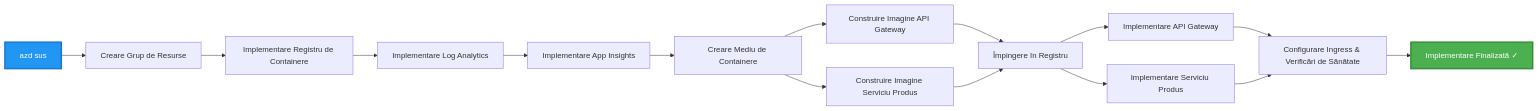
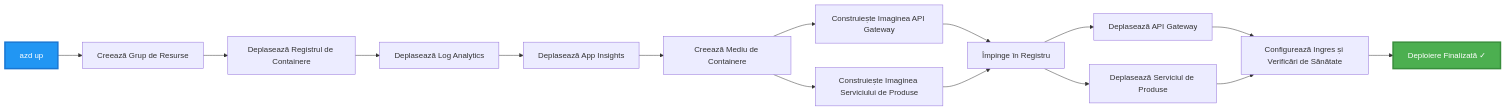
One commit to microsoft/AZD-for-beginners changed the third of 4 diagrams in translations/ro/examples/microservices/README.md. Above: the diagram before and after it, drawn with Mermaid. The commit also changed other lines of this file and 242 other files, not shown here.

````diff
--- a/translations/ro/examples/microservices/README.md
+++ b/translations/ro/examples/microservices/README.md
@@ -242,20 +233,20 @@
 ```mermaid
 graph LR
-    A[azd sus] --> B[Creare Grup de Resurse]
-    B --> C[Implementare Registru de Containere]
-    C --> D[Implementare Log Analytics]
-    D --> E[Implementare App Insights]
-    E --> F[Creare Mediu de Containere]
-    F --> G[Construire Imagine API Gateway]
-    F --> H[Construire Imagine Serviciu Produs]
-    G --> I[Împingere în Registru]
+    A[azd up] --> B[Creează Grup de Resurse]
+    B --> C[Deplasează Registrul de Containere]
+    C --> D[Deplasează Log Analytics]
+    D --> E[Deplasează App Insights]
+    E --> F[Creează Mediu de Containere]
+    F --> G[Construiește Imaginea API Gateway]
+    F --> H[Construiește Imaginea Serviciului de Produse]
+    G --> I[Împinge în Registru]
     H --> I
-    I --> J[Implementare API Gateway]
-    I --> K[Implementare Serviciu Produs]
-    J --> L[Configurare Ingress & Verificări de Sănătate]
+    I --> J[Deplasează API Gateway]
+    I --> K[Deplasează Serviciul de Produse]
+    J --> L[Configurează Ingres și Verificări de Sănătate]
     K --> L
-    L --> M[Implementare Finalizată ✓]
+    L --> M[Deploiere Finalizată ✓]
     
     style A fill:#2196F3,stroke:#1976D2,stroke-width:3px,color:#fff
     style M fill:#4CAF50,stroke:#388E3C,stroke-width:3px,color:#fff
-```
+```  
````
